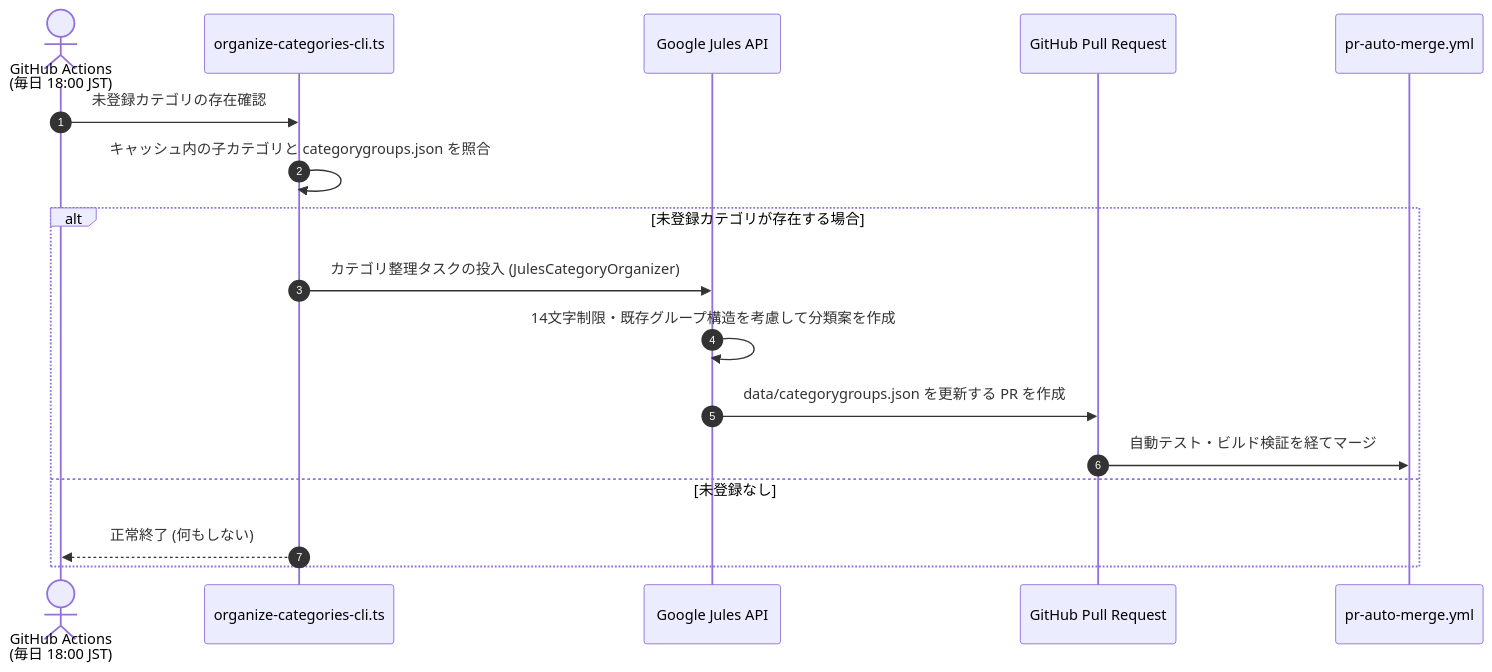
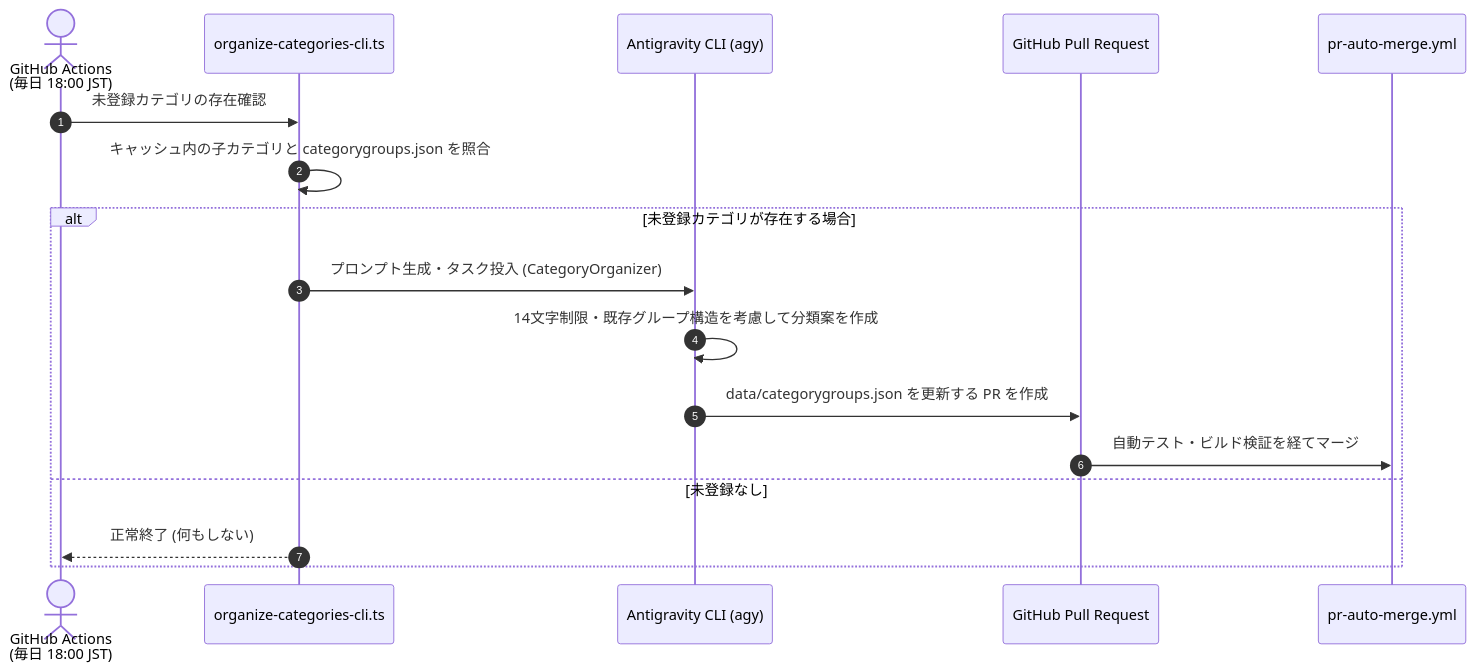
Before and after one commit to aegisfleet/amazon-product-article: the second of 2 diagrams in docs/category-management.md, drawn with Mermaid. The commit also changed other lines of this file and 9 other files, not shown here.

Commit message:
feat: add Amazon product research system specs, workflows, and creator API script

````diff
--- a/docs/category-management.md
+++ b/docs/category-management.md
@@ -83,20 +83,20 @@
 ```mermaid
 sequenceDiagram
     autonumber
     actor Cron as GitHub Actions<br>(毎日 18:00 JST)
     participant Script as organize-categories-cli.ts
-    participant Jules as Google Jules API
+    participant AGY as Antigravity CLI (agy)
     participant PR as GitHub Pull Request
     participant AutoMerge as pr-auto-merge.yml
 
     Cron->>Script: 未登録カテゴリの存在確認
     Script->>Script: キャッシュ内の子カテゴリと categorygroups.json を照合
     alt 未登録カテゴリが存在する場合
-        Script->>Jules: カテゴリ整理タスクの投入 (JulesCategoryOrganizer)
-        Jules->>Jules: 14文字制限・既存グループ構造を考慮して分類案を作成
-        Jules->>PR: data/categorygroups.json を更新する PR を作成
+        Script->>AGY: プロンプト生成・タスク投入 (CategoryOrganizer)
+        AGY->>AGY: 14文字制限・既存グループ構造を考慮して分類案を作成
+        AGY->>PR: data/categorygroups.json を更新する PR を作成
         PR->>AutoMerge: 自動テスト・ビルド検証を経てマージ
     else 未登録なし
         Script-->>Cron: 正常終了 (何もしない)
     end
 ```
````
